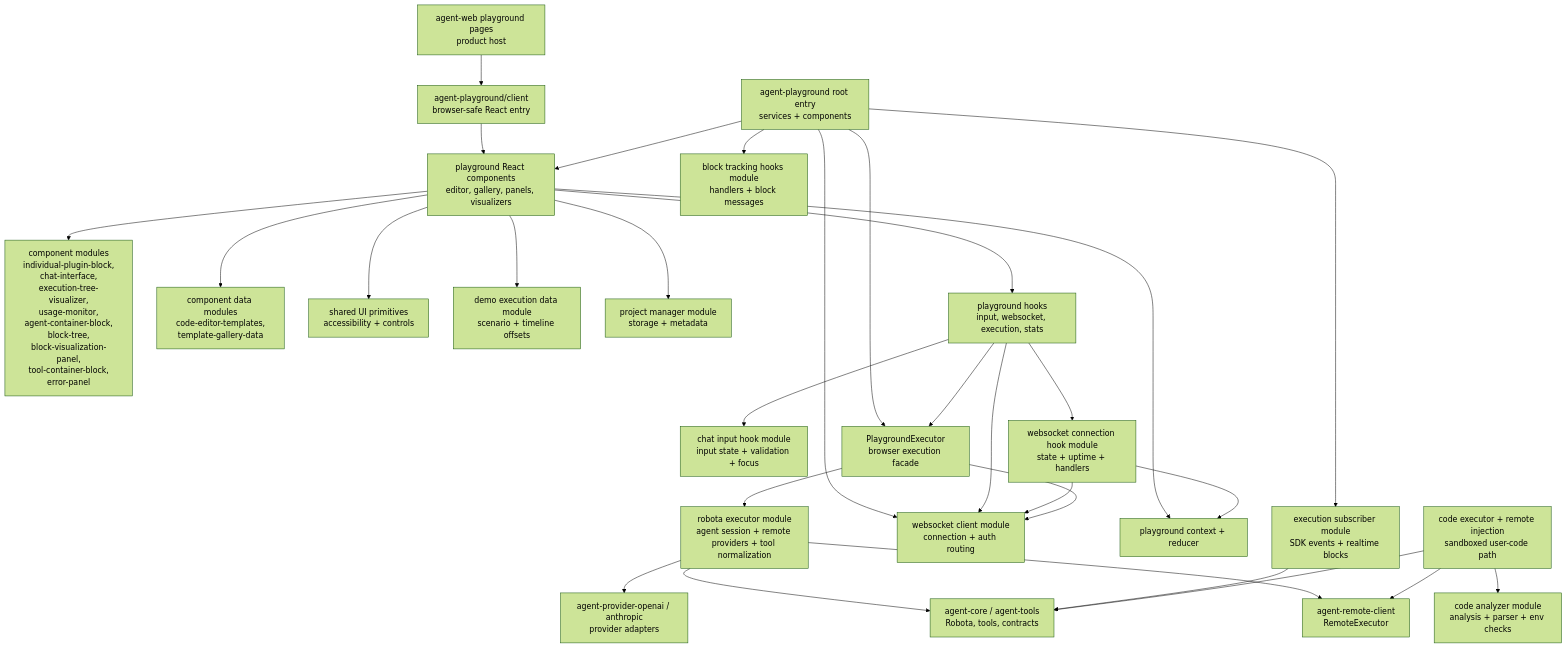
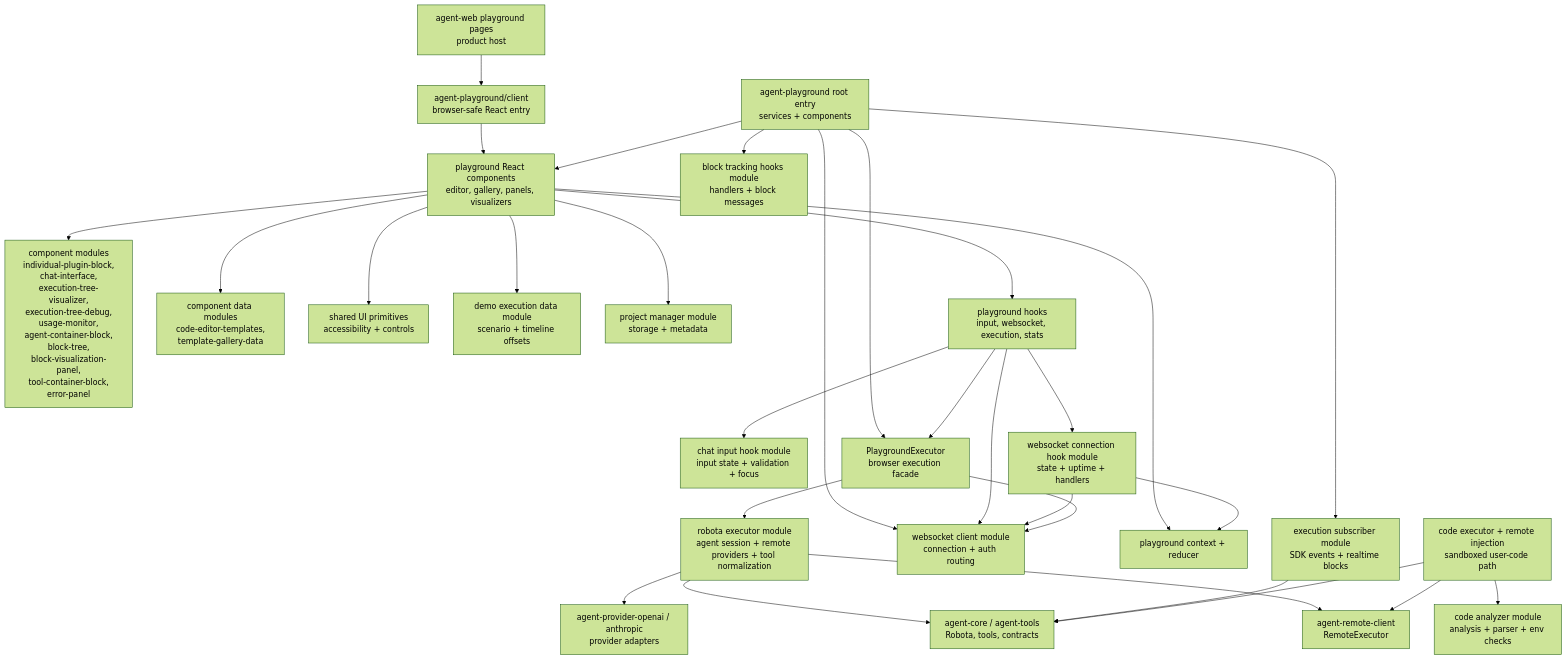
One commit to woojubb/robota changed the third of 6 diagrams in .agents/specs/ARCHITECTURE-MAP.md. Above: the diagram before and after it, drawn with Mermaid (forest theme). The commit also changed other lines of this file and 16 other files, not shown here.

First line of the commit message:
refactor(playground): split execution tree debug (#272)

````diff
--- a/.agents/specs/ARCHITECTURE-MAP.md
+++ b/.agents/specs/ARCHITECTURE-MAP.md
@@ -122,56 +122,56 @@
 ```mermaid
 flowchart TD
   AgentWeb["agent-web playground pages\nproduct host"]
   ClientEntry["agent-playground/client\nbrowser-safe React entry"]
   RootEntry["agent-playground root entry\nservices + components"]
   Components["playground React components\neditor, gallery, panels, visualizers"]
-  ComponentModules["component modules\nindividual-plugin-block,\nchat-interface,\nexecution-tree-visualizer,\nusage-monitor,\nagent-container-block,\nblock-tree,\nblock-visualization-panel,\ntool-container-block,\nerror-panel"]
+  ComponentModules["component modules\nindividual-plugin-block,\nchat-interface,\nexecution-tree-visualizer,\nexecution-tree-debug,\nusage-monitor,\nagent-container-block,\nblock-tree,\nblock-visualization-panel,\ntool-container-block,\nerror-panel"]
   ComponentData["component data modules\ncode-editor-templates,\ntemplate-gallery-data"]
   UiPrimitives["shared UI primitives\naccessibility + controls"]
   DemoData["demo execution data module\nscenario + timeline offsets"]
   ProjectManager["project manager module\nstorage + metadata"]
   BlockHooks["block tracking hooks module\nhandlers + block messages"]
   ExecutionSubscriber["execution subscriber module\nSDK events + realtime blocks"]
   WebSocketClient["websocket client module\nconnection + auth routing"]
   ChatInputHook["chat input hook module\ninput state + validation + focus"]
   WebSocketHook["websocket connection hook module\nstate + uptime + handlers"]
   Hooks["playground hooks\ninput, websocket, execution, stats"]
   Context["playground context + reducer"]
   Executor["PlaygroundExecutor\nbrowser execution facade"]
   ExecutorModule["robota executor module\nagent session + remote providers + tool normalization"]
   RemoteInjection["code executor + remote injection\nsandboxed user-code path"]
   CodeAnalyzer["code analyzer module\nanalysis + parser + env checks"]
   RemoteClient["agent-remote-client\nRemoteExecutor"]
   Core["agent-core / agent-tools\nRobota, tools, contracts"]
   Providers["agent-provider-openai / anthropic\nprovider adapters"]
 
   AgentWeb --> ClientEntry
   ClientEntry --> Components
   RootEntry --> Components
   RootEntry --> Executor
   RootEntry --> BlockHooks
   RootEntry --> ExecutionSubscriber
   RootEntry --> WebSocketClient
   Components --> ComponentModules
   Components --> ComponentData
   Components --> UiPrimitives
   Components --> DemoData
   Components --> ProjectManager
   Components --> Hooks
   Components --> Context
   Hooks --> ChatInputHook
   Hooks --> WebSocketHook
   Hooks --> Executor
   Hooks --> WebSocketClient
   WebSocketHook --> Context
   WebSocketHook --> WebSocketClient
   RemoteInjection --> CodeAnalyzer
   Executor --> WebSocketClient
   Executor --> ExecutorModule
   ExecutorModule --> RemoteClient
   ExecutorModule --> Core
   ExecutorModule --> Providers
   ExecutionSubscriber --> Core
   RemoteInjection --> RemoteClient
   RemoteInjection --> Core
 ```
````
